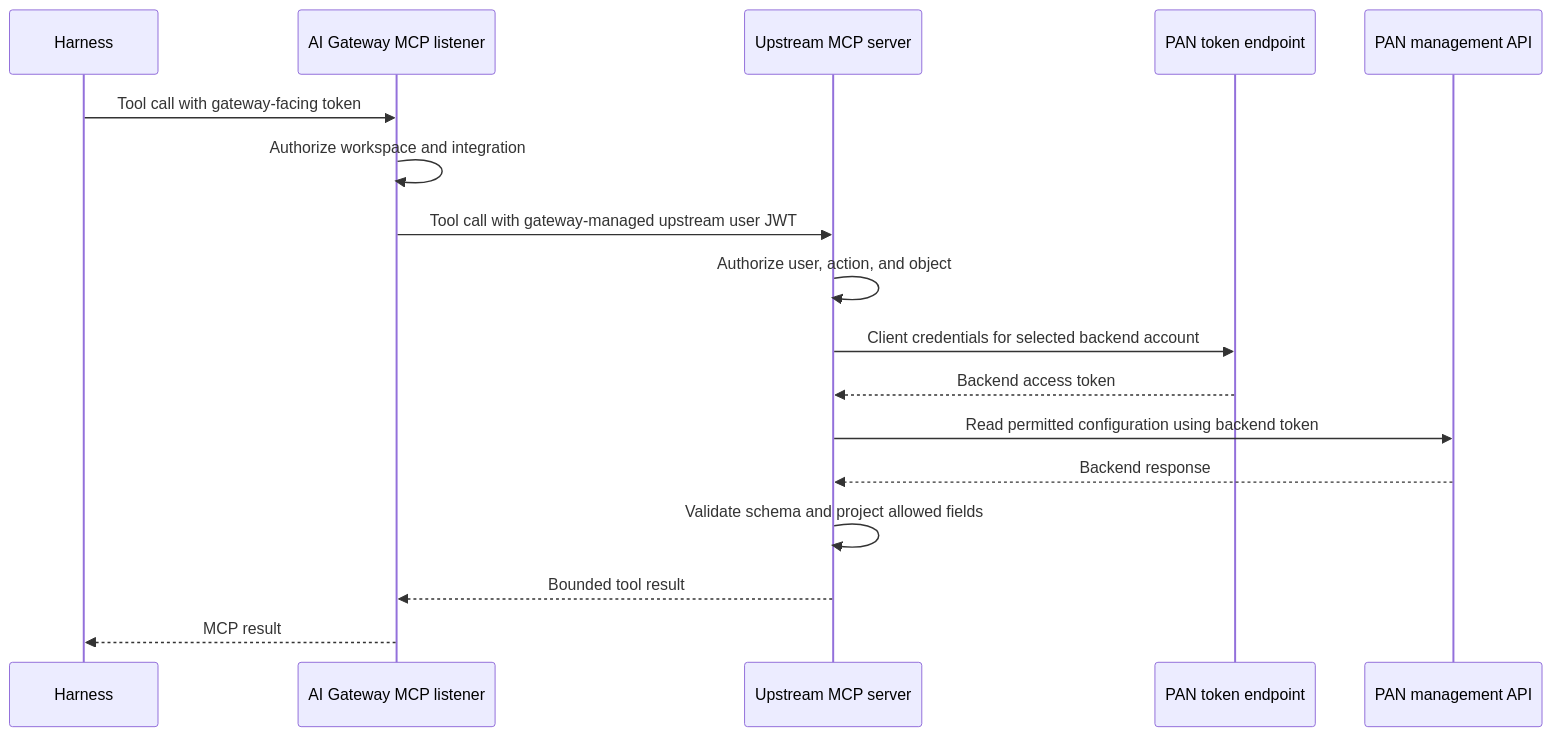
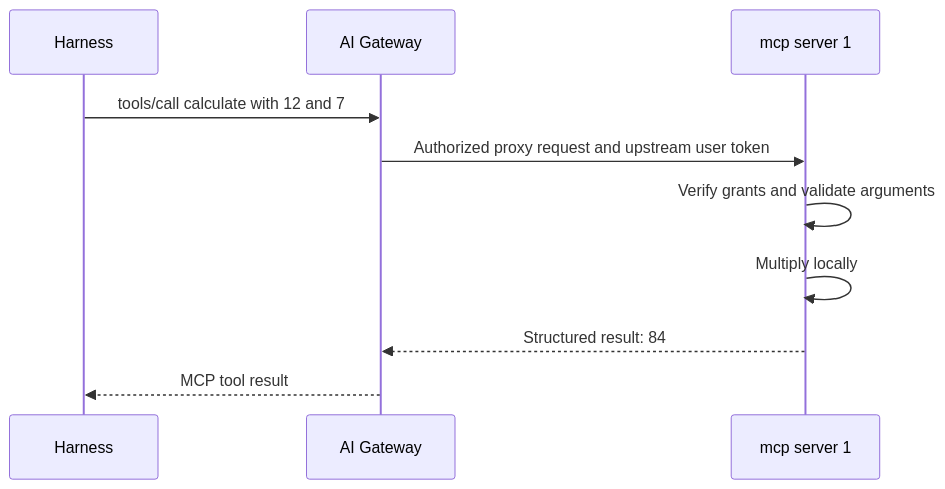
One commit to cdot65/prisma-airs-reference-architecture changed the second of 2 diagrams in docs/mcp.md. Above: the diagram before and after it, drawn with Mermaid. The commit also changed other lines of this file and 20 other files, not shown here.

````diff
--- a/docs/mcp.md
+++ b/docs/mcp.md
@@ -47,21 +55,14 @@
 ```mermaid
 sequenceDiagram
-    accTitle: Separate human and backend credentials
-    accDescr: The harness calls the gateway with its gateway token. The gateway forwards the call with its upstream user token. The resource server uses separate PAN credentials for the backend read.
+    accTitle: Local utility execution and result return
+    accDescr: The harness calls calculate through AI Gateway. mcp server 1 authenticates the proxied request, validates two numbers, computes their product locally and returns the result through the gateway.
     participant harness as Harness
-    participant gateway as AI Gateway MCP listener
-    participant mcp as Upstream MCP server
-    participant panAuth as PAN token endpoint
-    participant panApi as PAN management API
-    harness->>gateway: Tool call with gateway-facing token
-    gateway->>gateway: Authorize workspace and integration
-    gateway->>mcp: Tool call with gateway-managed upstream user JWT
-    mcp->>mcp: Authorize user, action, and object
-    mcp->>panAuth: Client credentials for selected backend account
-    panAuth-->>mcp: Backend access token
-    mcp->>panApi: Read permitted configuration using backend token
-    panApi-->>mcp: Backend response
-    mcp->>mcp: Validate schema and project allowed fields
-    mcp-->>gateway: Bounded tool result
-    gateway-->>harness: MCP result
+    participant gateway as AI Gateway
+    participant server as mcp server 1
+    harness->>gateway: tools/call calculate with 12 and 7
+    gateway->>server: Authorized proxy request and upstream user token
+    server->>server: Verify grants and validate arguments
+    server->>server: Multiply locally
+    server-->>gateway: Structured result: 84
+    gateway-->>harness: MCP tool result
 ```
````
